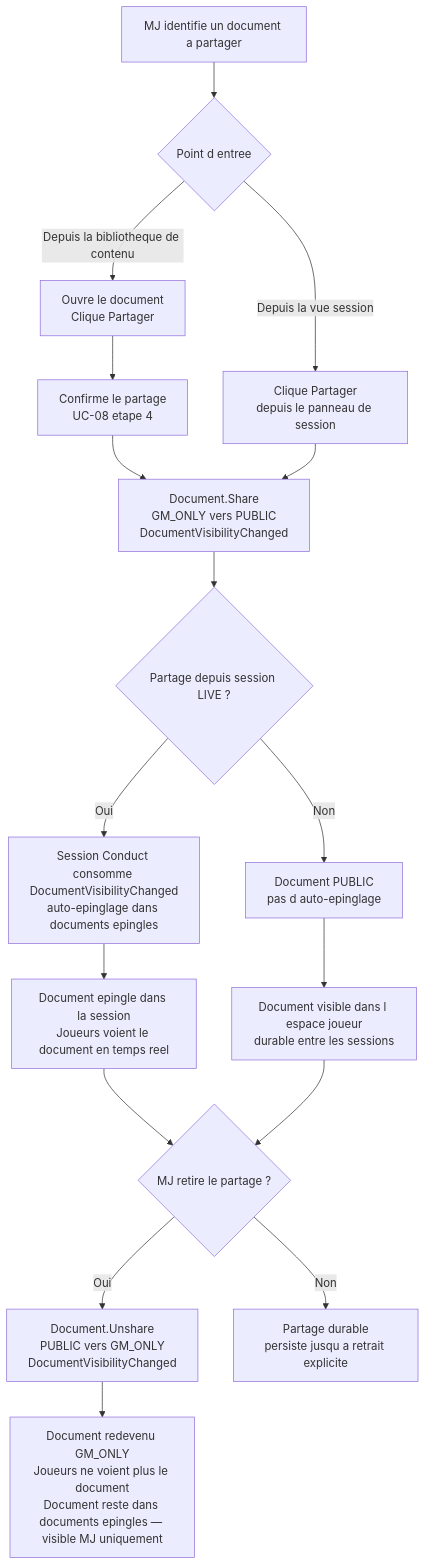
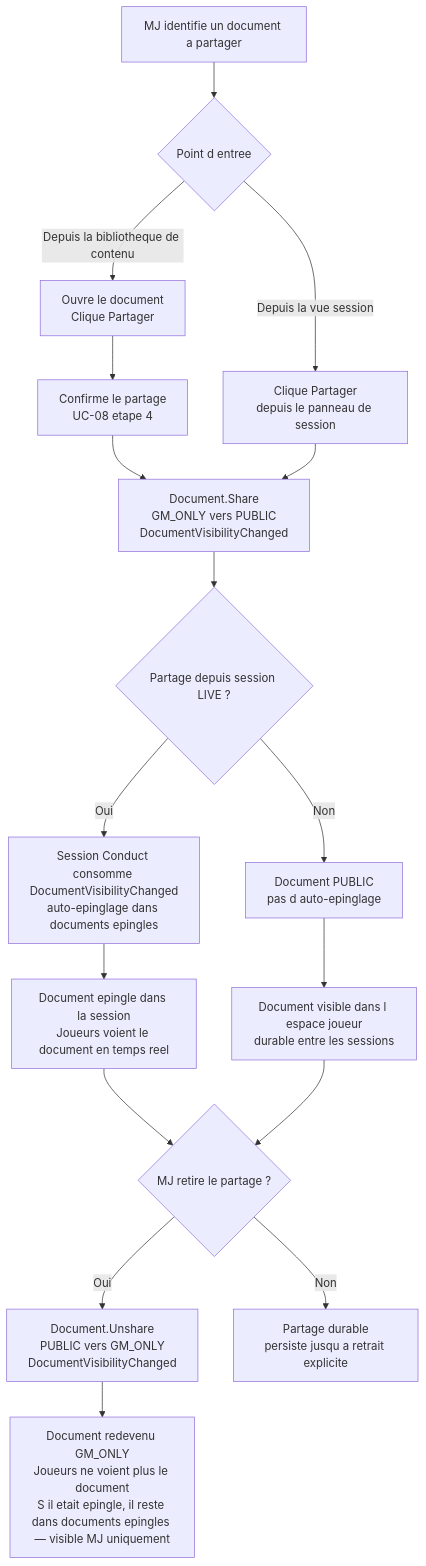
One commit to 2025-10-CDA-ECO-P6/PM-micro-saas changed the second of 2 diagrams in docs/besoin/parcours-utilisateur/UJ-UC-08-partager-information.md. Above: the diagram before and after it, drawn with Mermaid. The commit also changed 12 other files, not shown here.

````diff
--- a/docs/besoin/parcours-utilisateur/UJ-UC-08-partager-information.md
+++ b/docs/besoin/parcours-utilisateur/UJ-UC-08-partager-information.md
@@ -53,26 +53,26 @@
 ```mermaid
 flowchart TD
     A[MJ identifie un document a partager] --> B{Point d entree}
 
     B -->|Depuis la bibliotheque de contenu| C[Ouvre le document\nClique Partager]
     B -->|Depuis la vue session| D[Clique Partager\ndepuis le panneau de session]
 
     C --> CONF[Confirme le partage\nUC-08 etape 4]
     CONF --> E[Document.Share\nGM_ONLY vers PUBLIC\nDocumentVisibilityChanged]
     D --> E
 
     E --> F{Partage depuis session LIVE ?}
     F -->|Oui| G[Session Conduct consomme DocumentVisibilityChanged\nauto-epinglage dans documents epingles]
     F -->|Non| H[Document PUBLIC\npas d auto-epinglage]
 
     G --> I[Document epingle dans la session\nJoueurs voient le document en temps reel]
     H --> J[Document visible dans l espace joueur\ndurable entre les sessions]
 
     I --> K{MJ retire le partage ?}
     J --> K
 
     K -->|Oui| L[Document.Unshare\nPUBLIC vers GM_ONLY\nDocumentVisibilityChanged]
-    L --> M[Document redevenu GM_ONLY\nJoueurs ne voient plus le document\nDocument reste dans documents epingles — visible MJ uniquement]
+    L --> M[Document redevenu GM_ONLY\nJoueurs ne voient plus le document\nS il etait epingle, il reste dans documents epingles — visible MJ uniquement]
 
     K -->|Non| N[Partage durable\npersiste jusqu a retrait explicite]
 ```
````
